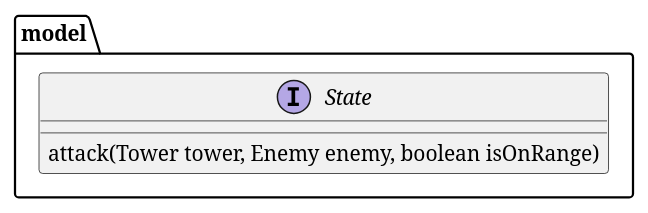
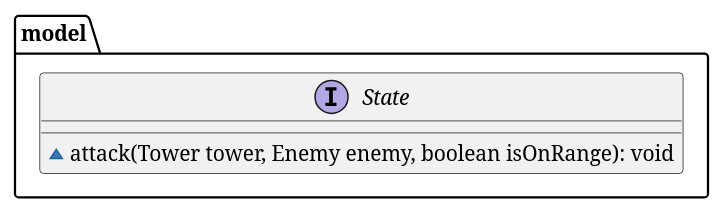
One commit to alejandrodelcs/algo3_tp2 changed the diagram in diagrams/classes/algoDefense/model/defense/State.puml. Above: the diagram before and after it, drawn with PlantUML. The commit also changed 35 other files, not shown here.

First line of the commit message:
UML: Created every class diagram & more

```diff
--- a/diagrams/classes/algoDefense/model/defense/State.puml
+++ b/diagrams/classes/algoDefense/model/defense/State.puml
@@ -1,10 +1,10 @@
 @startuml
 'https://plantuml.com/class-diagram
 
 package model {
     interface State {
-        attack(Tower tower, Enemy enemy, boolean isOnRange)
+        ~ attack(Tower tower, Enemy enemy, boolean isOnRange): void
     }
 }
 
 @enduml
```
